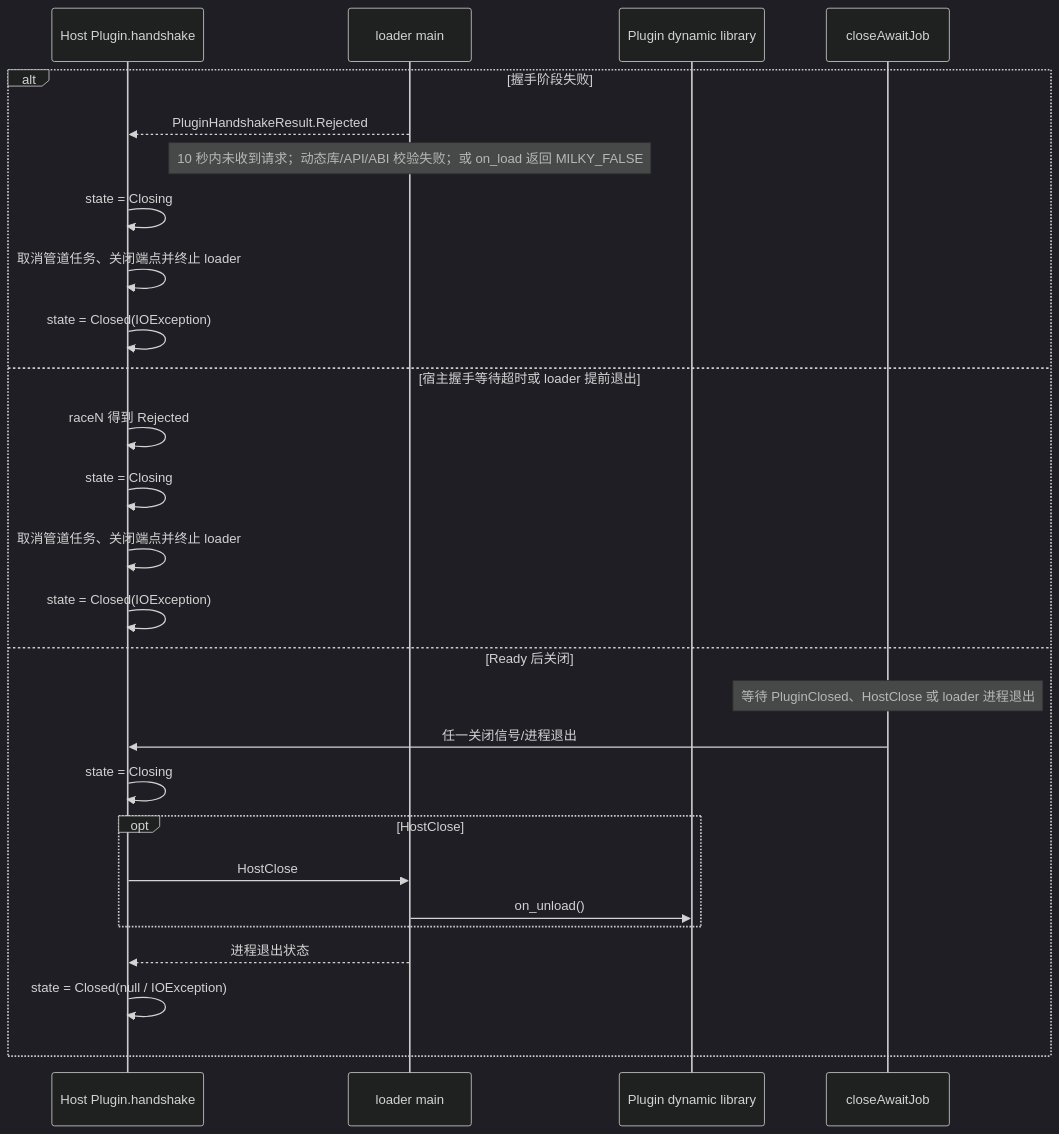
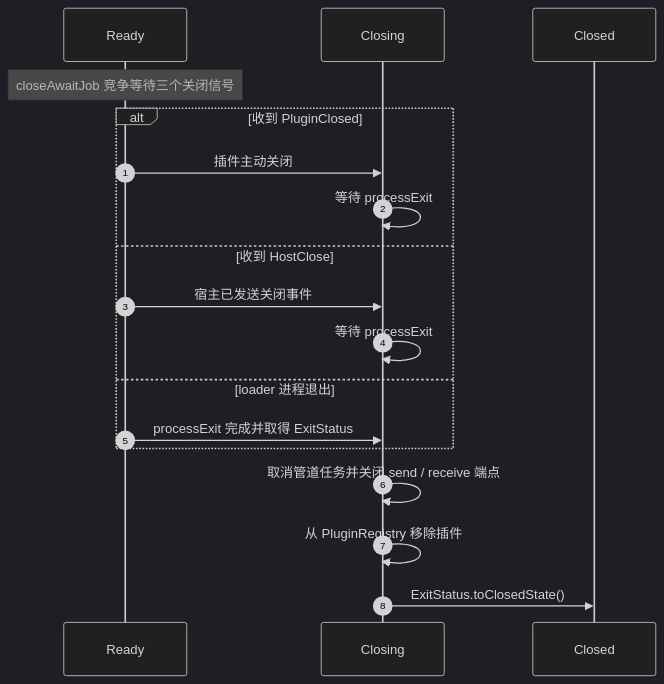
Before and after one commit to magic-cucumber/milky-console: the third of 3 diagrams in docs/plugin-lifecycle.md, drawn with Mermaid (dark theme). The commit also changed other lines of this file and 1 other file, not shown here.

````diff
--- a/docs/plugin-lifecycle.md
+++ b/docs/plugin-lifecycle.md
@@ -83,30 +88,21 @@
 ```mermaid
 sequenceDiagram
-    participant H as Host Plugin.handshake
-    participant L as loader main
-    participant D as Plugin dynamic library
-    participant W as closeAwaitJob
+    autonumber
+    participant R as Ready
+    participant C as Closing
+    participant X as Closed
 
-    alt 握手阶段失败
-        L-->>H: PluginHandshakeResult.Rejected
-        Note over L: 10 秒内未收到请求；动态库/API/ABI 校验失败；或 on_load 返回 MILKY_FALSE
-        H->>H: state = Closing
-        H->>H: 取消管道任务、关闭端点并终止 loader
-        H->>H: state = Closed(IOException)
-    else 宿主握手等待超时或 loader 提前退出
-        H->>H: raceN 得到 Rejected
-        H->>H: state = Closing
-        H->>H: 取消管道任务、关闭端点并终止 loader
-        H->>H: state = Closed(IOException)
-    else Ready 后关闭
-        Note over W: 等待 PluginClosed、HostClose 或 loader 进程退出
-        W->>H: 任一关闭信号/进程退出
-        H->>H: state = Closing
-        opt HostClose
-            H->>L: HostClose
-            L->>D: on_unload()
-        end
-        L-->>H: 进程退出状态
-        H->>H: state = Closed(null / IOException)
+    Note over R: closeAwaitJob 竞争等待三个关闭信号
+    alt 收到 PluginClosed
+        R->>C: 插件主动关闭
+        C->>C: 等待 processExit
+    else 收到 HostClose
+        R->>C: 宿主已发送关闭事件
+        C->>C: 等待 processExit
+    else loader 进程退出
+        R->>C: processExit 完成并取得 ExitStatus
     end
+    C->>C: 取消管道任务并关闭 send / receive 端点
+    C->>C: 从 PluginRegistry 移除插件
+    C->>X: ExitStatus.toClosedState()
 ```
````
